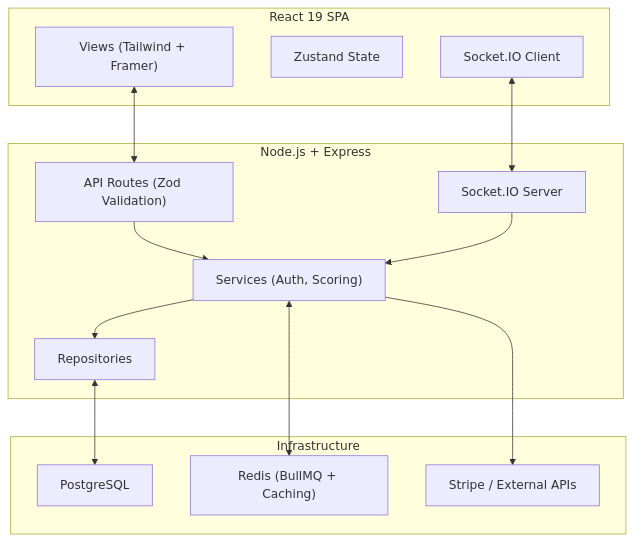
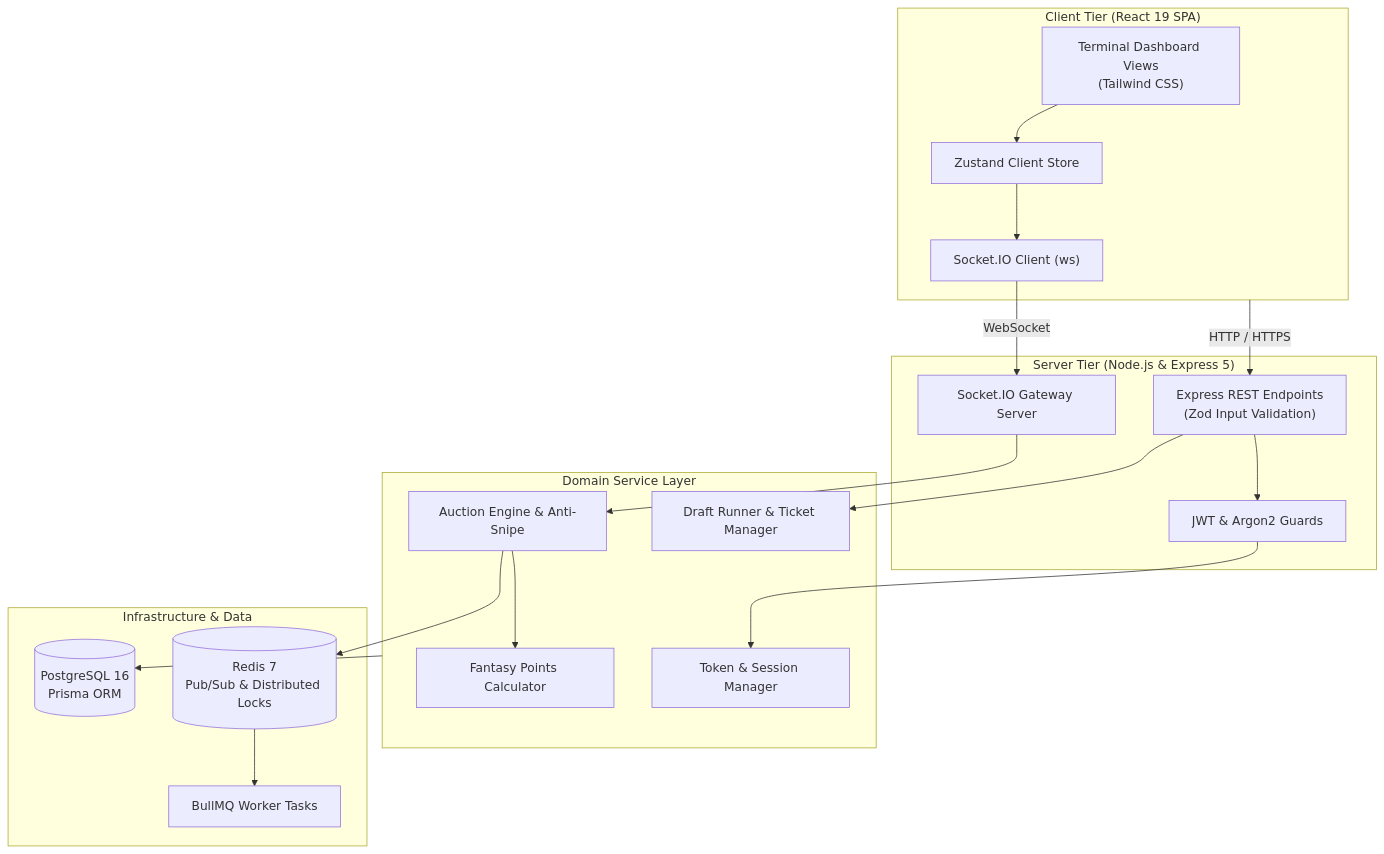
Before and after one commit to themanoj-025/MatchMind: the diagram in README.md, drawn with Mermaid. The commit also changed other lines of this file, not shown here.

````diff
--- a/README.md
+++ b/README.md
@@ -100,30 +105,42 @@
 ```mermaid
-graph TB
-    subgraph Frontend["React 19 SPA"]
-        F1["Views (Tailwind + Framer)"]
-        F2["Zustand State"]
-        F3["Socket.IO Client"]
+flowchart TD
+    subgraph Client["Client Tier (React 19 SPA)"]
+        UI["Terminal Dashboard Views\n(Tailwind CSS)"]
+        State["Zustand Client Store"]
+        SocketClient["Socket.IO Client (ws)"]
+        UI --> State
+        State --> SocketClient
     end
 
-    subgraph Backend["Node.js + Express"]
-        B1["API Routes (Zod Validation)"]
-        B2["Services (Auth, Scoring)"]
-        B3["Repositories"]
-        B4["Socket.IO Server"]
+    subgraph Gateway["Server Tier (Node.js & Express 5)"]
+        HTTP["Express REST Endpoints\n(Zod Input Validation)"]
+        SocketServer["Socket.IO Gateway Server"]
+        AuthMiddleware["JWT & Argon2 Guards"]
+        HTTP --> AuthMiddleware
     end
 
-    subgraph Infrastructure
-        I1["PostgreSQL"]
-        I2["Redis (BullMQ + Caching)"]
-        I3["Stripe / External APIs"]
+    Client -->|HTTP / HTTPS| HTTP
+    SocketClient -->|WebSocket| SocketServer
+
+    subgraph CoreServices["Domain Service Layer"]
+        AuctionEngine["Auction Engine & Anti-Snipe"]
+        DraftService["Draft Runner & Ticket Manager"]
+        ScoringService["Fantasy Points Calculator"]
+        AuthService["Token & Session Manager"]
     end
 
-    F1 <--> B1
-    F3 <--> B4
-    B1 --> B2
-    B2 --> B3
-    B4 --> B2
-    B3 <--> I1
-    B2 <--> I2
-    B2 --> I3
+    AuthMiddleware --> AuthService
+    HTTP --> DraftService
+    SocketServer --> AuctionEngine
+    AuctionEngine --> ScoringService
+
+    subgraph DataStore["Infrastructure & Data"]
+        Postgres[("PostgreSQL 16\nPrisma ORM")]
+        RedisStore[("Redis 7\nPub/Sub & Distributed Locks")]
+        BullMQWorker["BullMQ Worker Tasks"]
+    end
+
+    AuctionEngine --> RedisStore
+    CoreServices --> Postgres
+    RedisStore --> BullMQWorker
 ```
````
